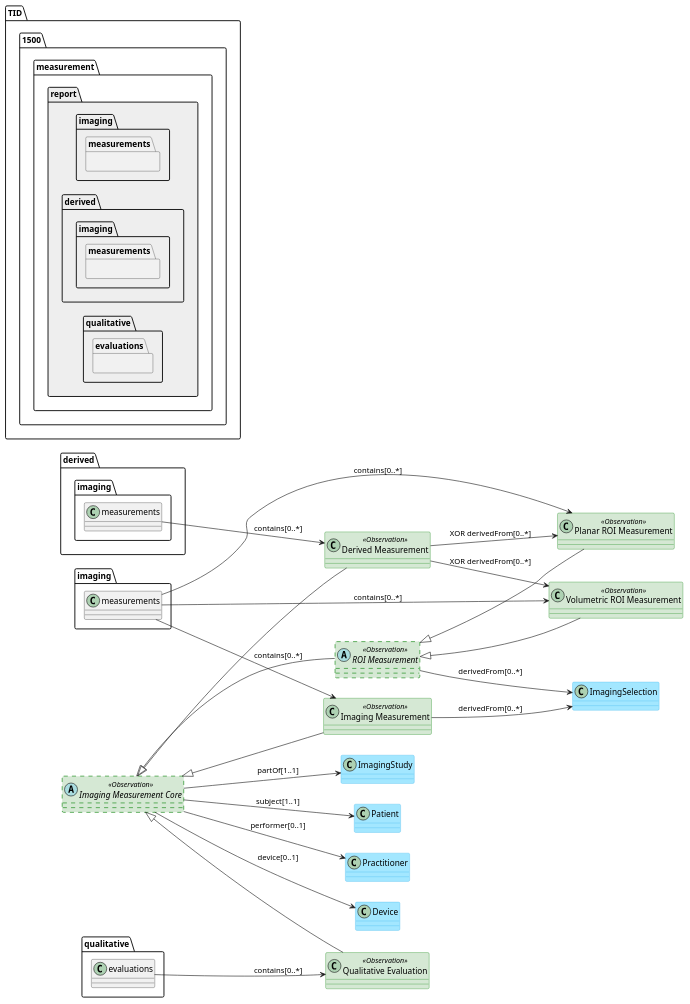
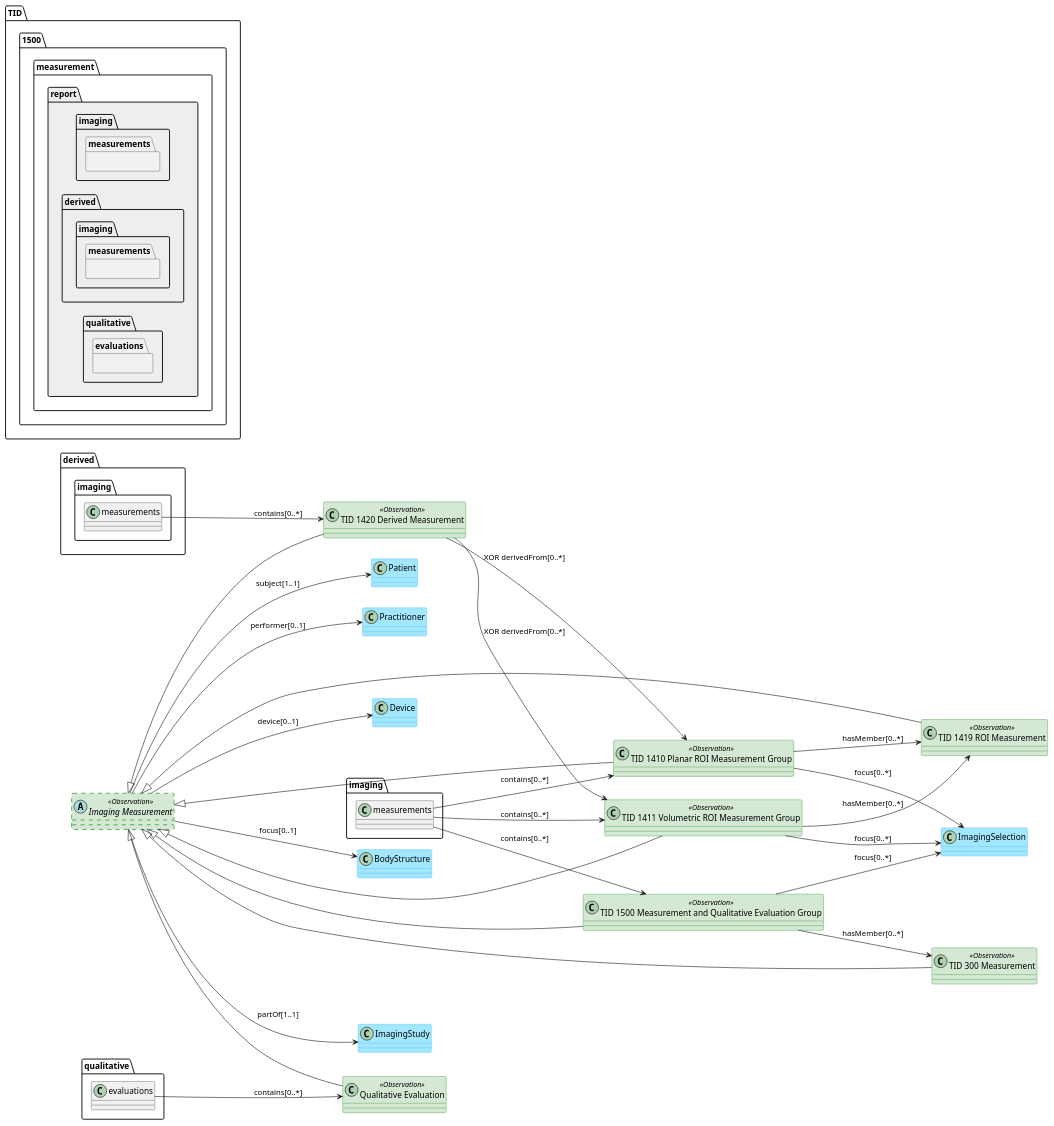
Before and after one commit to HL7/dicom-sr: the diagram in input/images-source/architecture.puml, drawn with PlantUML. The commit also changed 1 other file, not shown here.

Commit message:
- Restored deleted background and updated architecture.puml

```diff
--- a/input/images-source/architecture.puml
+++ b/input/images-source/architecture.puml
@@ -1,52 +1,63 @@
 @startuml architecture
 left to right direction
 
-abstract class "Imaging Measurement Core" as ImagingMeasurementCore <<Observation>> #d5e8d4 ##[dashed]green
-abstract class "ROI Measurement" as ROIMeasurement <<Observation>> #d5e8d4 ##[dashed]green
-class "Planar ROI Measurement" as PlanarMeasurement <<Observation>> #d5e8d4 ##green
-class "Volumetric ROI Measurement" as VolumetricMeasurement <<Observation>> #d5e8d4 ##green
-class "Imaging Measurement" as ImagingMeasurement <<Observation>> #d5e8d4 ##green
-class "Derived Measurement" as DerivedMeasurement <<Observation>> #d5e8d4 ##green
+abstract class "Imaging Measurement" as ImagingMeasurementCore <<Observation>> #d5e8d4 ##[dashed]green
+class "TID 1410 Planar ROI Measurement Group" as PlanarMeasurementGroup <<Observation>> #d5e8d4 ##green
+class "TID 1411 Volumetric ROI Measurement Group" as VolumetricMeasurementGroup <<Observation>> #d5e8d4 ##green
+class "TID 1500 Measurement and Qualitative Evaluation Group" as MeasurementGroup <<Observation>> #d5e8d4 ##green
+class "TID 1420 Derived Measurement" as DerivedMeasurement <<Observation>> #d5e8d4 ##green
+class "TID 1419 ROI Measurement" as ROIMeasurement <<Observation>> #d5e8d4 ##green
+class "TID 300 Measurement" as Measurement <<Observation>> #d5e8d4 ##green
 class "Qualitative Evaluation" as QualitativeEvaluation <<Observation>> #d5e8d4 ##green
 
 class ImagingStudy #a3e7ff ##34b1eb
 class Patient #a3e7ff ##34b1eb
 class Practitioner #a3e7ff ##34b1eb
 class Device #a3e7ff ##34b1eb
 class ImagingSelection #a3e7ff ##34b1eb
+class BodyStructure #a3e7ff ##34b1eb
 
 
 package TID.1500.measurement.report #EEEEEE {
     package imaging.measurements {
     }
     package derived.imaging.measurements {
     }
     package qualitative.evaluations {
     }
 }
 
-.ROIMeasurement <|-- PlanarMeasurement
-.ROIMeasurement <|-- VolumetricMeasurement
-.ImagingMeasurementCore <|-- ROIMeasurement
-.ImagingMeasurementCore <|-- ImagingMeasurement
+.ImagingMeasurementCore <|-- PlanarMeasurementGroup
+.ImagingMeasurementCore <|-- VolumetricMeasurementGroup
+.ImagingMeasurementCore <|-- MeasurementGroup
 .ImagingMeasurementCore <|-- DerivedMeasurement
 .ImagingMeasurementCore <|-- QualitativeEvaluation
+.ImagingMeasurementCore <|-- ROIMeasurement
+.ImagingMeasurementCore <|-- Measurement
 
-imaging.measurements --> PlanarMeasurement : contains[0..*]
-imaging.measurements --> VolumetricMeasurement : contains[0..*]
-imaging.measurements --> ImagingMeasurement : contains[0..*]
+imaging.measurements --> PlanarMeasurementGroup : contains[0..*]
+imaging.measurements --> VolumetricMeasurementGroup : contains[0..*]
+imaging.measurements --> MeasurementGroup : contains[0..*]
 derived.imaging.measurements --> DerivedMeasurement : contains[0..*]
-DerivedMeasurement --> PlanarMeasurement : XOR derivedFrom[0..*]
-DerivedMeasurement --> VolumetricMeasurement : XOR derivedFrom[0..*]
 qualitative.evaluations --> QualitativeEvaluation : contains[0..*]
-ROIMeasurement --> ImagingSelection : derivedFrom[0..*]
-ImagingMeasurement --> ImagingSelection : derivedFrom[0..*]
+
+PlanarMeasurementGroup --> ROIMeasurement : hasMember[0..*]
+VolumetricMeasurementGroup --> ROIMeasurement : hasMember[0..*]
+MeasurementGroup --> Measurement : hasMember[0..*]
+
+DerivedMeasurement --> PlanarMeasurementGroup : XOR derivedFrom[0..*]
+DerivedMeasurement --> VolumetricMeasurementGroup : XOR derivedFrom[0..*]
+
+PlanarMeasurementGroup --> ImagingSelection : focus[0..*]
+VolumetricMeasurementGroup --> ImagingSelection : focus[0..*]
+MeasurementGroup --> ImagingSelection : focus[0..*]
 
 ImagingMeasurementCore --> ImagingStudy : partOf[1..1]
 ImagingMeasurementCore --> Patient : subject[1..1]
 ImagingMeasurementCore --> Practitioner : performer[0..1]
 ImagingMeasurementCore --> Device : device[0..1]
+ImagingMeasurementCore --> BodyStructure: focus[0..1]
 
 
 
 @enduml
```
